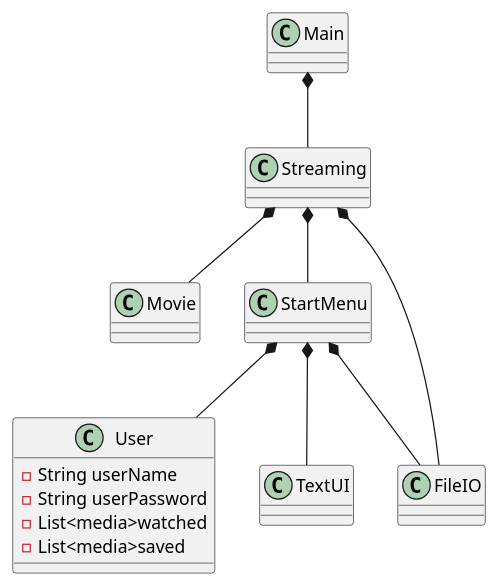
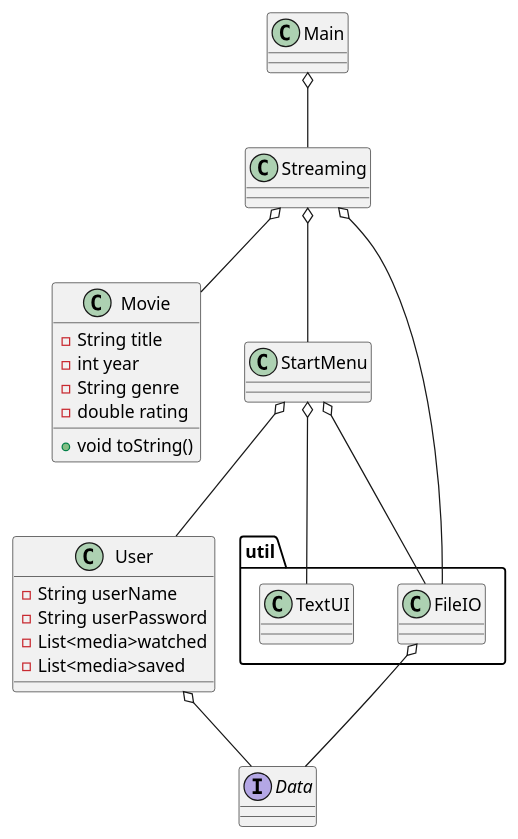
Before and after one commit to Madihakhan1/SP3: the diagram in .idea/Doc/ClassDiagram.puml, drawn with PlantUML. The commit also changed 2 other files, not shown here.

Commit message:
Classes + ClassDiagram ændringer

```diff
--- a/.idea/Doc/ClassDiagram.puml
+++ b/.idea/Doc/ClassDiagram.puml
@@ -1,48 +1,59 @@
 @startuml
 'https://plantuml.com/object-diagram
 
 class Main{
 
 }
 
 class Streaming{
 
 }
 
 class User{
 
 - String userName
 - String userPassword
 - List<media>watched
 - List<media>saved
 
 
 
 
 }
 
 class Movie{
 
+- String title
+- int year
+- String genre
+- double rating
+
++ void toString()
+
+
 }
 
 class StartMenu{
 
 }
 
-class FileIO{
+package "util"{
+    class TextUI
+    class FileIO
+}
+
+Interface Data{
 
 }
 
-class TextUI{
-
-}
-
-Main *-- Streaming
-Streaming *--StartMenu
-StartMenu *-- User
-StartMenu *--FileIO
-Streaming *-- FileIO
-StartMenu *-- TextUI
-Streaming *-- Movie
+Main o-- Streaming
+Streaming o-- StartMenu
+StartMenu o-- User
+StartMenu o--FileIO
+Streaming o-- FileIO
+StartMenu o-- TextUI
+Streaming o-- Movie
+User o-- Data
+FileIO o-- Data
 
 @enduml
```
